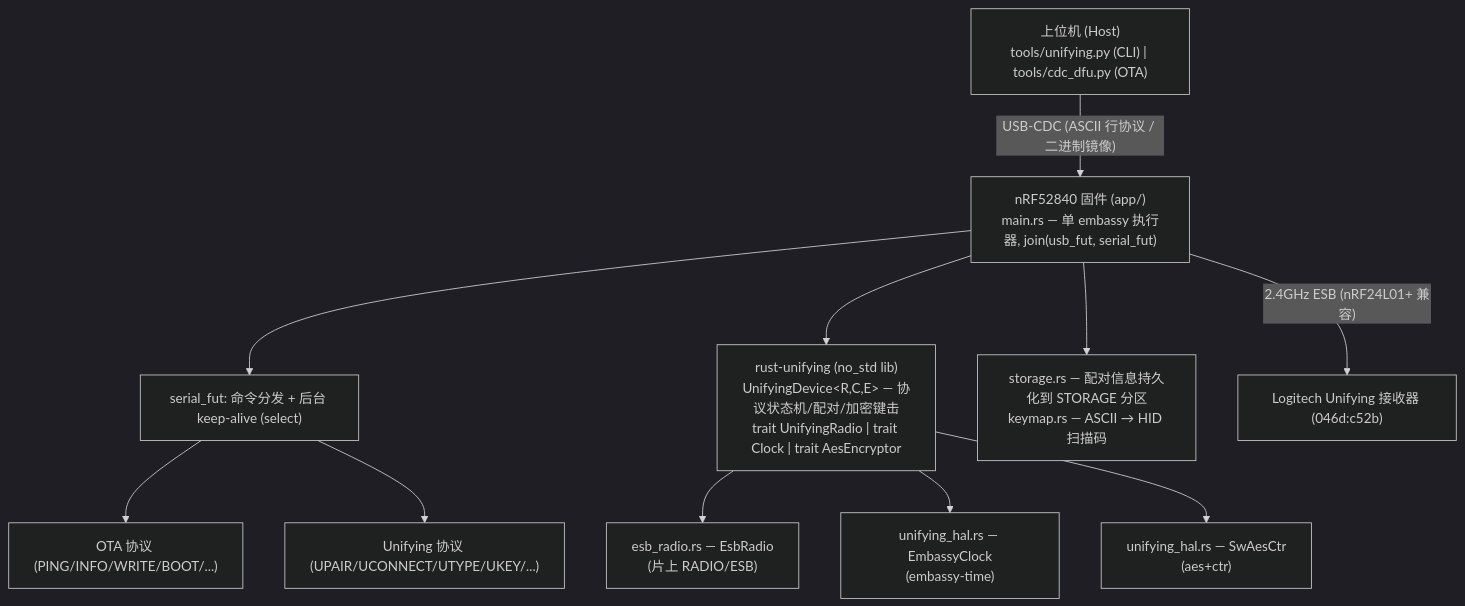
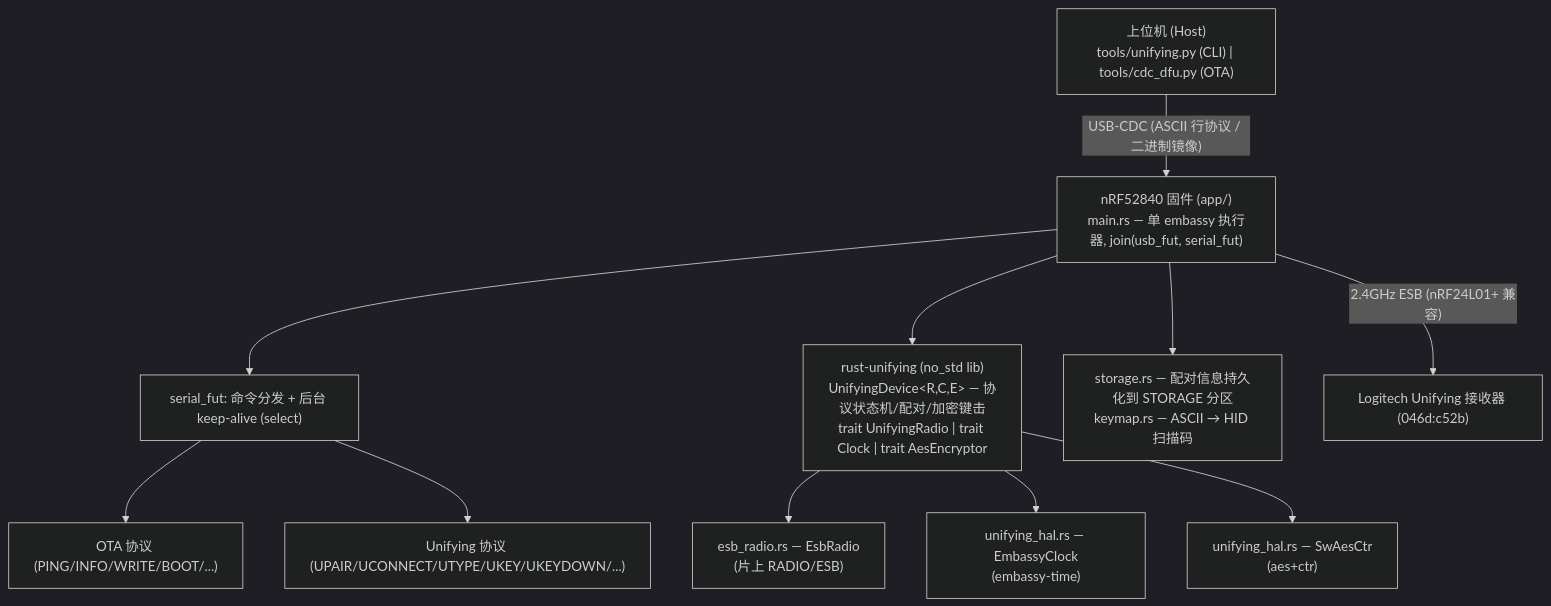
The first of 4 diagrams in docs/TECHNICAL.md (ZHLHZHU/nrf52-unifying), drawn with Mermaid (dark theme) before and after one commit. The commit also changed other lines of this file and 1 other file, not shown here.

Commit message:
docs: 补充 UKEYDOWN/多profile/AES counter 三重保护/POFCON 文档

````diff
--- a/docs/TECHNICAL.md
+++ b/docs/TECHNICAL.md
@@ -9,25 +9,25 @@
 ```mermaid
 graph TD
     Host["上位机 (Host)<br/>tools/unifying.py (CLI) | tools/cdc_dfu.py (OTA)"]
     FW["nRF52840 固件 (app/)<br/>main.rs — 单 embassy 执行器, join(usb_fut, serial_fut)"]
     Serial["serial_fut: 命令分发 + 后台 keep-alive (select)"]
     OTA["OTA 协议 (PING/INFO/WRITE/BOOT/...)"]
-    Unifying["Unifying 协议 (UPAIR/UCONNECT/UTYPE/UKEY/...)"]
+    Unifying["Unifying 协议 (UPAIR/UCONNECT/UTYPE/UKEY/UKEYDOWN/...)"]
     Lib["rust-unifying (no_std lib)<br/>UnifyingDevice&lt;R,C,E&gt; — 协议状态机/配对/加密键击<br/>trait UnifyingRadio | trait Clock | trait AesEncryptor"]
     ESB["esb_radio.rs — EsbRadio<br/>(片上 RADIO/ESB)"]
     Clock["unifying_hal.rs — EmbassyClock<br/>(embassy-time)"]
     AES["unifying_hal.rs — SwAesCtr<br/>(aes+ctr)"]
     Storage["storage.rs — 配对信息持久化到 STORAGE 分区<br/>keymap.rs — ASCII → HID 扫描码"]
     Receiver["Logitech Unifying 接收器 (046d:c52b)"]
 
     Host -->|"USB-CDC (ASCII 行协议 / 二进制镜像)"| FW
     FW --> Serial
     Serial --> OTA
     Serial --> Unifying
     FW --> Lib
     Lib --> ESB
     Lib --> Clock
     Lib --> AES
     FW --> Storage
     FW -->|"2.4GHz ESB (nRF24L01+ 兼容)"| Receiver
 ```
````
